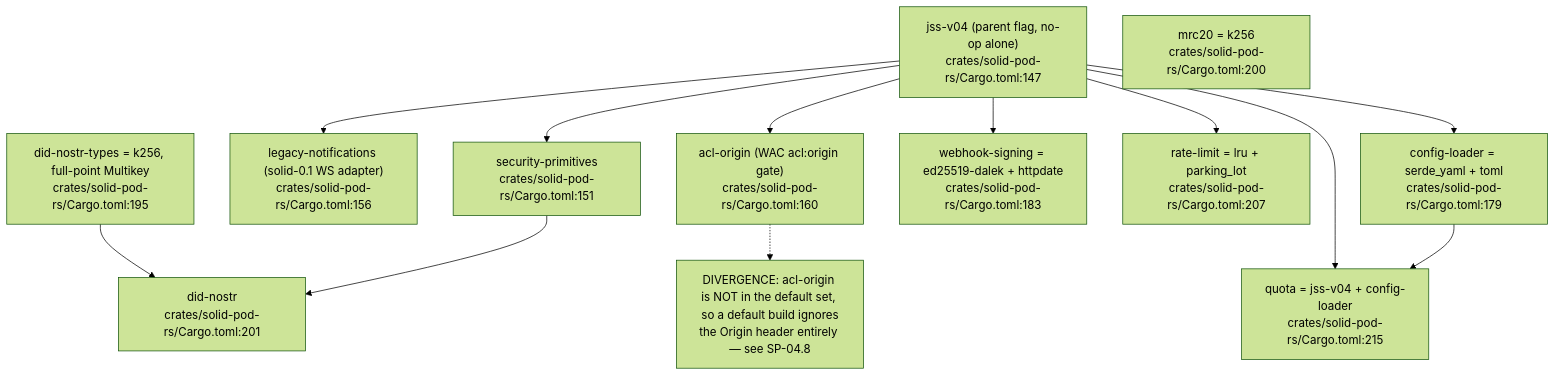
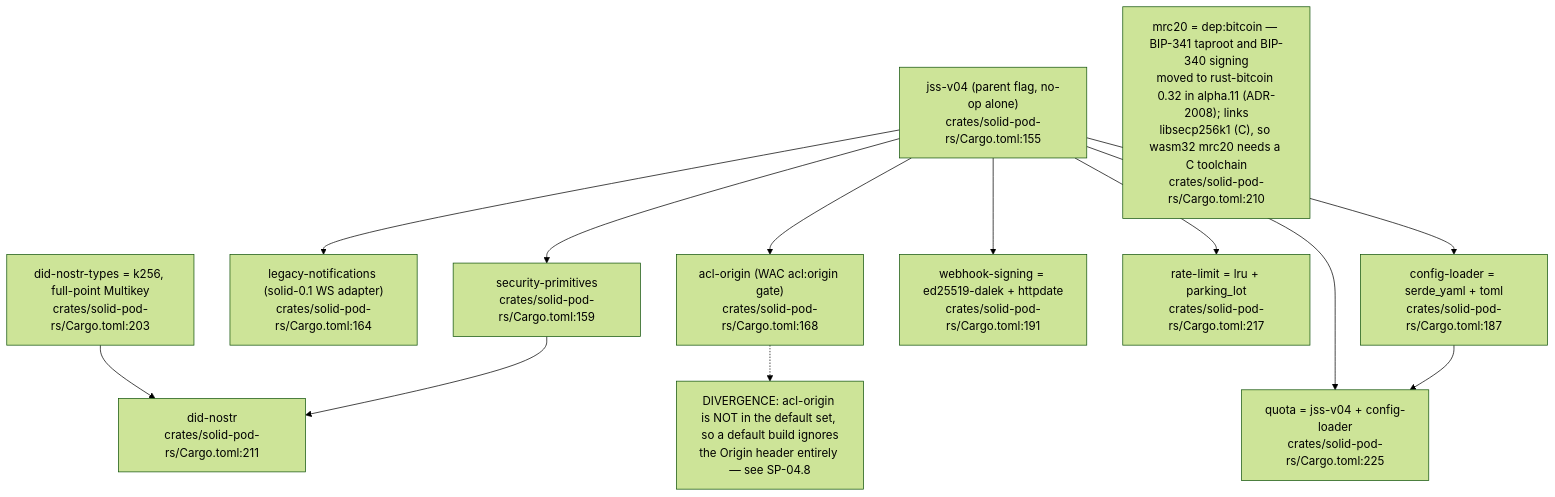
The fifth of 12 diagrams in docs/diagrams/solid-pod-rs/01-workspace-composition.md (DreamLab-AI/VisionFlow), drawn with Mermaid (forest theme) before and after one commit. The commit also changed other lines of this file and 21 other files, not shown here.

Commit message:
docs(diagrams): refresh first verified estate batch

````diff
--- a/docs/diagrams/solid-pod-rs/01-workspace-composition.md
+++ b/docs/diagrams/solid-pod-rs/01-workspace-composition.md
@@ -158,28 +158,28 @@
 ```mermaid
 flowchart TD
-    JSS["jss-v04 (parent flag, no-op alone)<br/>crates/solid-pod-rs/Cargo.toml:147"]
-    SP["security-primitives<br/>crates/solid-pod-rs/Cargo.toml:151"]
-    LEG["legacy-notifications (solid-0.1 WS adapter)<br/>crates/solid-pod-rs/Cargo.toml:156"]
-    ORG["acl-origin (WAC acl:origin gate)<br/>crates/solid-pod-rs/Cargo.toml:160"]
-    CFGL["config-loader = serde_yaml + toml<br/>crates/solid-pod-rs/Cargo.toml:179"]
-    WHS["webhook-signing = ed25519-dalek + httpdate<br/>crates/solid-pod-rs/Cargo.toml:183"]
-    RL["rate-limit = lru + parking_lot<br/>crates/solid-pod-rs/Cargo.toml:207"]
-    QU["quota = jss-v04 + config-loader<br/>crates/solid-pod-rs/Cargo.toml:215"]
-    DNT["did-nostr-types = k256, full-point Multikey<br/>crates/solid-pod-rs/Cargo.toml:195"]
-    MR["mrc20 = k256<br/>crates/solid-pod-rs/Cargo.toml:200"]
-    DN["did-nostr<br/>crates/solid-pod-rs/Cargo.toml:201"]
+    JSS["jss-v04 (parent flag, no-op alone)<br/>crates/solid-pod-rs/Cargo.toml:155"]
+    SP["security-primitives<br/>crates/solid-pod-rs/Cargo.toml:159"]
+    LEG["legacy-notifications (solid-0.1 WS adapter)<br/>crates/solid-pod-rs/Cargo.toml:164"]
+    ORG["acl-origin (WAC acl:origin gate)<br/>crates/solid-pod-rs/Cargo.toml:168"]
+    CFGL["config-loader = serde_yaml + toml<br/>crates/solid-pod-rs/Cargo.toml:187"]
+    WHS["webhook-signing = ed25519-dalek + httpdate<br/>crates/solid-pod-rs/Cargo.toml:191"]
+    RL["rate-limit = lru + parking_lot<br/>crates/solid-pod-rs/Cargo.toml:217"]
+    QU["quota = jss-v04 + config-loader<br/>crates/solid-pod-rs/Cargo.toml:225"]
+    DNT["did-nostr-types = k256, full-point Multikey<br/>crates/solid-pod-rs/Cargo.toml:203"]
+    MR["mrc20 = dep:bitcoin — BIP-341 taproot and BIP-340 signing<br/>moved to rust-bitcoin 0.32 in alpha.11 (ADR-2008); links<br/>libsecp256k1 (C), so wasm32 mrc20 needs a C toolchain<br/>crates/solid-pod-rs/Cargo.toml:210"]
+    DN["did-nostr<br/>crates/solid-pod-rs/Cargo.toml:211"]
 
     JSS --> SP
     JSS --> LEG
     JSS --> ORG
     JSS --> CFGL
     JSS --> WHS
     JSS --> RL
     JSS --> QU
     CFGL --> QU
     DNT --> DN
     SP --> DN
 
     O1["DIVERGENCE: acl-origin is NOT in the default set, so a default build ignores<br/>the Origin header entirely — see SP-04.8"]
     ORG -.-> O1
 ```
````
